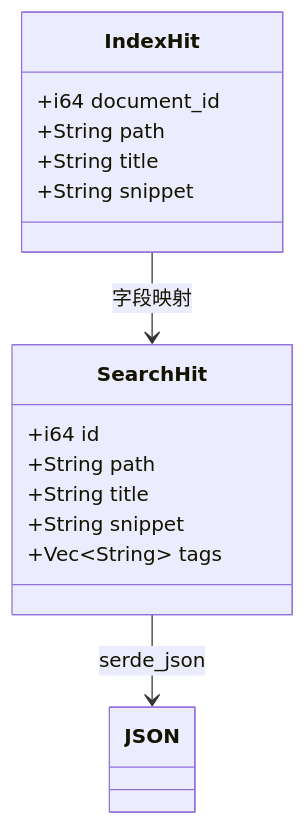
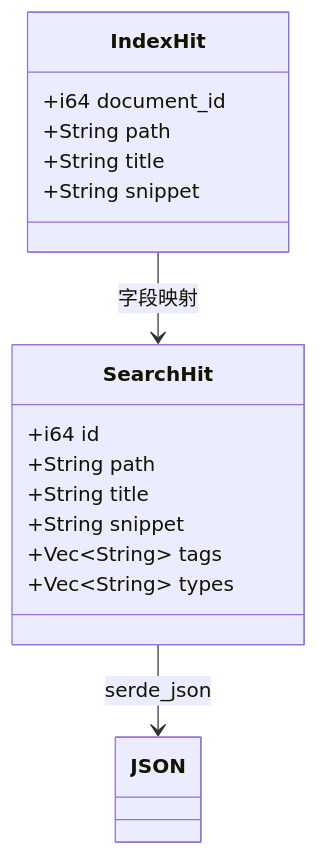
Before and after one commit to yangyingchao/knowcraft: the first of 2 diagrams in docs/superpowers/specs/2026-11-08-cli-search-json-design.md, drawn with Mermaid. The commit also changed other lines of this file and 9 other files, not shown here.

````diff
--- a/docs/superpowers/specs/2026-11-08-cli-search-json-design.md
+++ b/docs/superpowers/specs/2026-11-08-cli-search-json-design.md
@@ -112,18 +128,19 @@
 ```mermaid
 classDiagram
     class IndexHit {
         +i64 document_id
         +String path
         +String title
         +String snippet
     }
     class SearchHit {
         +i64 id
         +String path
         +String title
         +String snippet
         +Vec~String~ tags
+        +Vec~String~ types
     }
     IndexHit --> SearchHit : 字段映射
     SearchHit --> JSON : serde_json
 ```
````
